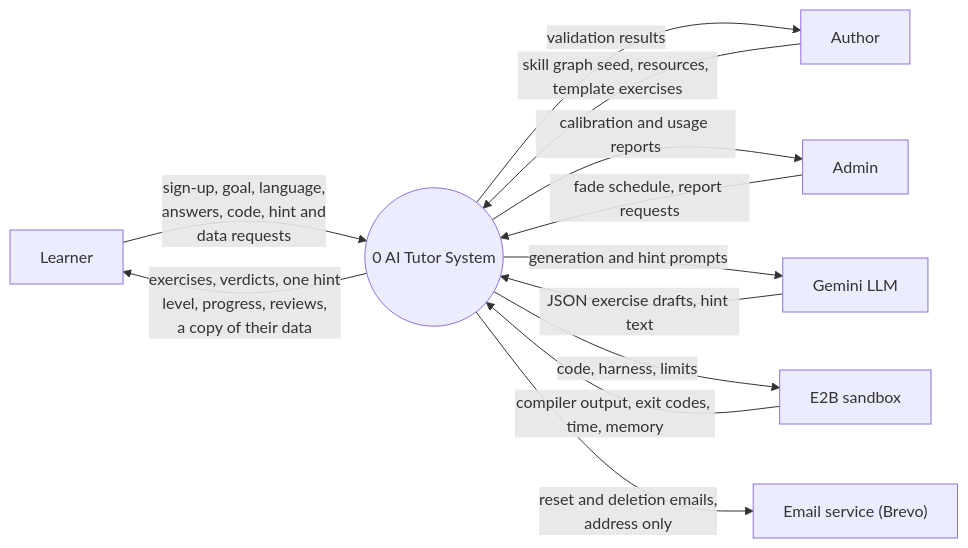
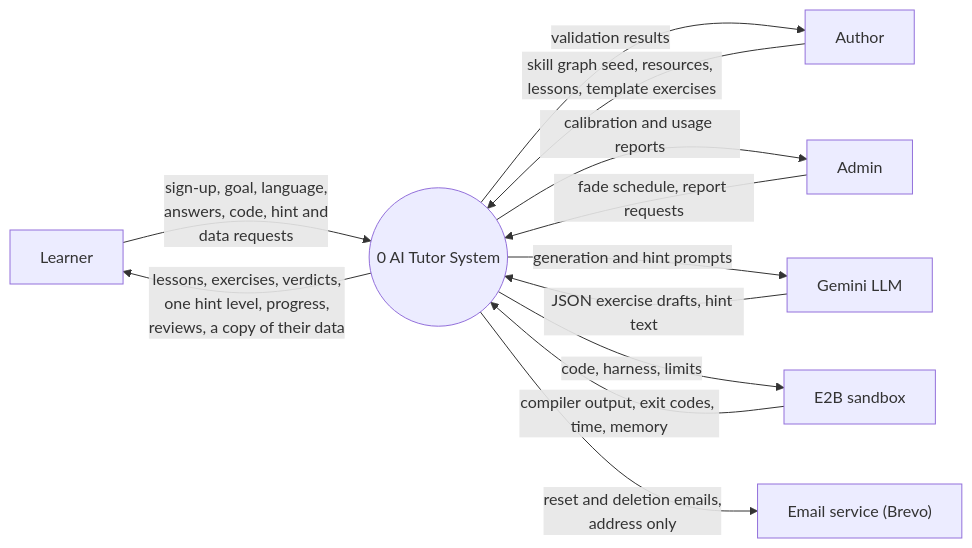
One commit to Nidanos/ai-tutor-platform changed diagram 20 of 27 in DOCS/phase-3/MP3-Draft-Report.md. Above: the diagram before and after it, drawn with Mermaid. The commit also changed other lines of this file and 1 other file, not shown here.

Commit message:
docs: update the phase 3 report for lessons and the DSA course

````diff
--- a/DOCS/phase-3/MP3-Draft-Report.md
+++ b/DOCS/phase-3/MP3-Draft-Report.md
@@ -1040,21 +1157,21 @@
 ```mermaid
 flowchart LR
   L["Learner"]
   AU["Author"]
   AD["Admin"]
   GEM["Gemini LLM"]
   SBX["E2B sandbox"]
   EM["Email service (Brevo)"]
   P0(("0 AI Tutor System"))
   L -->|sign-up, goal, language,<br/>answers, code, hint and<br/>data requests| P0
-  P0 -->|exercises, verdicts, one hint<br/>level, progress, reviews,<br/>a copy of their data| L
-  AU -->|skill graph seed, resources, template exercises| P0
+  P0 -->|lessons, exercises, verdicts,<br/>one hint level, progress,<br/>reviews, a copy of their data| L
+  AU -->|skill graph seed, resources, lessons, template exercises| P0
   P0 -->|validation results| AU
   AD -->|fade schedule, report requests| P0
   P0 -->|calibration and usage reports| AD
   P0 -->|generation and hint prompts| GEM
   GEM -->|JSON exercise drafts, hint text| P0
   P0 -->|code, harness, limits| SBX
   SBX -->|compiler output, exit codes, time, memory| P0
   P0 -->|reset and deletion emails,<br/>address only| EM
 ```
````
